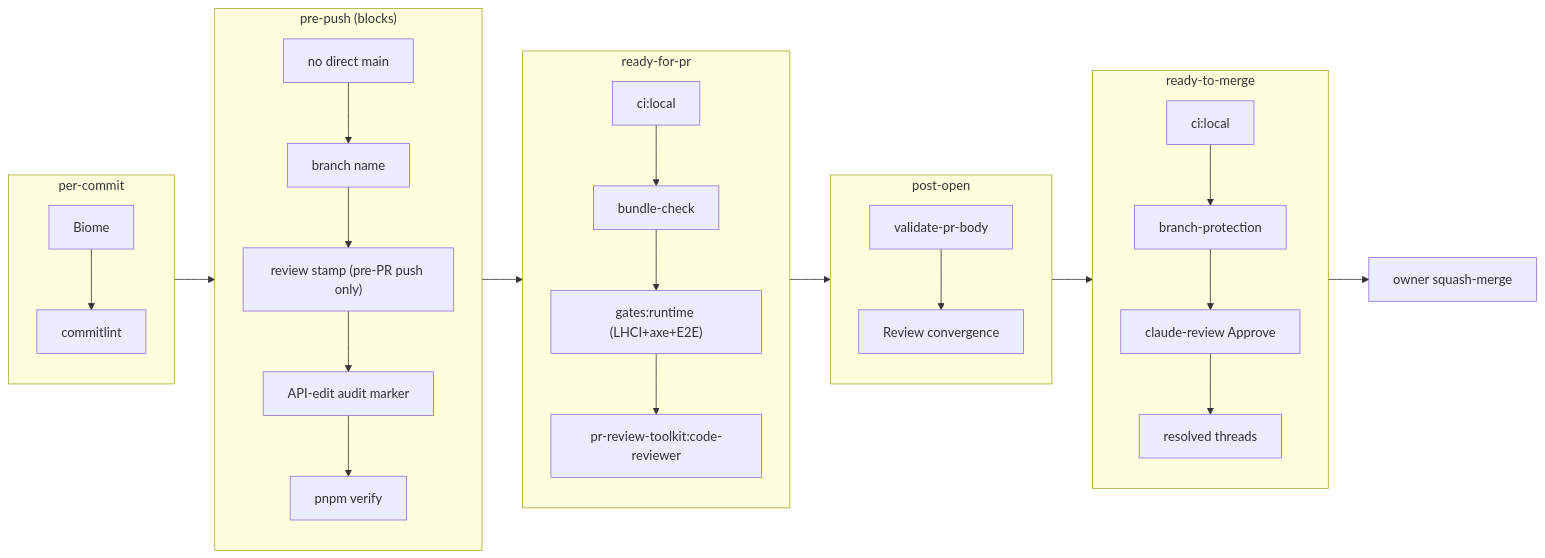
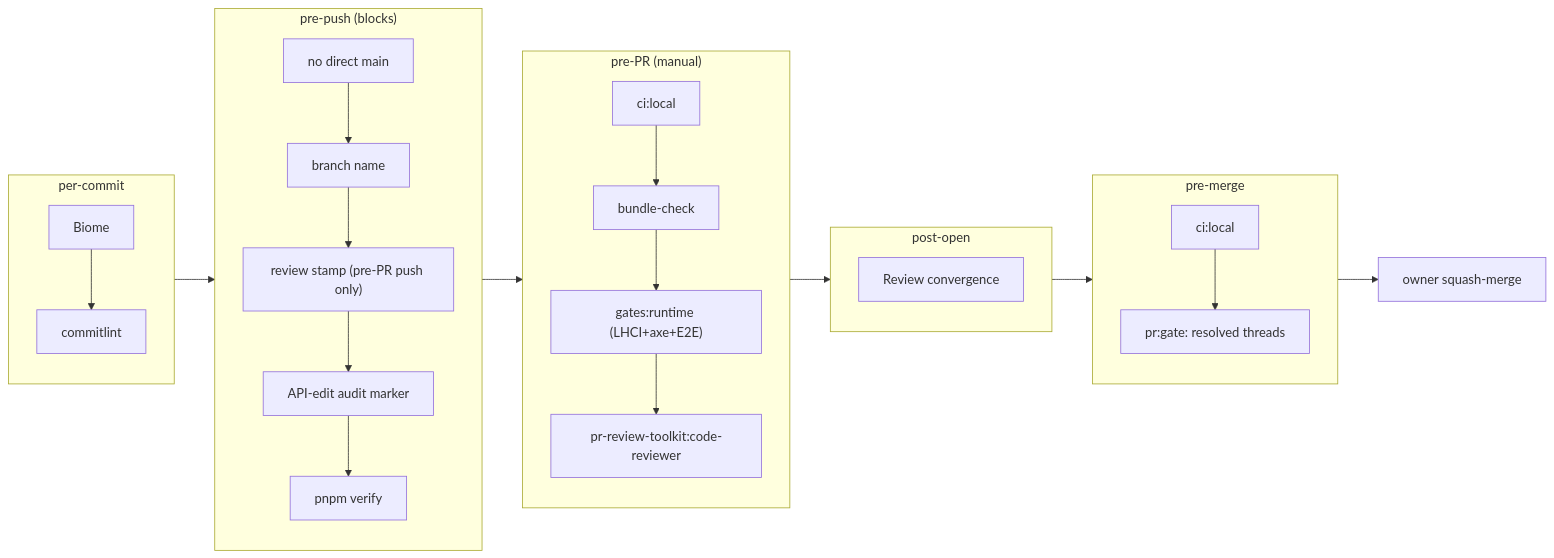
Before and after one commit to erikunha/portfolio: the second of 2 diagrams in docs/handbook/development-lifecycle.md, drawn with Mermaid. The commit also changed other lines of this file and 152 other files, not shown here.

Commit message:
chore(harness)!: delete the unproven capabilities, the Codex mirror, the PR-gate wrappers and the AI-review gate chain (#235)

````diff
--- a/docs/handbook/development-lifecycle.md
+++ b/docs/handbook/development-lifecycle.md
@@ -69,19 +69,19 @@
 ```mermaid
 flowchart LR
     subgraph commit["per-commit"]
         g1["Biome"] --> g2["commitlint"]
     end
     subgraph prepush["pre-push (blocks)"]
         g3["no direct main"] --> g4["branch name"] --> g5["review stamp (pre-PR push only)"] --> g6["API-edit audit marker"] --> g7["pnpm verify"]
     end
-    subgraph prepr["ready-for-pr"]
+    subgraph prepr["pre-PR (manual)"]
         g8["ci:local"] --> g9["bundle-check"] --> g11["gates:runtime (LHCI+axe+E2E)"] --> g12["pr-review-toolkit:code-reviewer"]
     end
     subgraph open["post-open"]
-        g13["validate-pr-body"] --> g14["Review convergence"]
+        g13["Review convergence"]
     end
-    subgraph premerge["ready-to-merge"]
-        g15["ci:local"] --> g16["branch-protection"] --> g17["claude-review Approve"] --> g18["resolved threads"]
+    subgraph premerge["pre-merge"]
+        g15["ci:local"] --> g18["pr:gate: resolved threads"]
     end
     commit --> prepush --> prepr --> open --> premerge --> merge["owner squash-merge"]
 ```
````
